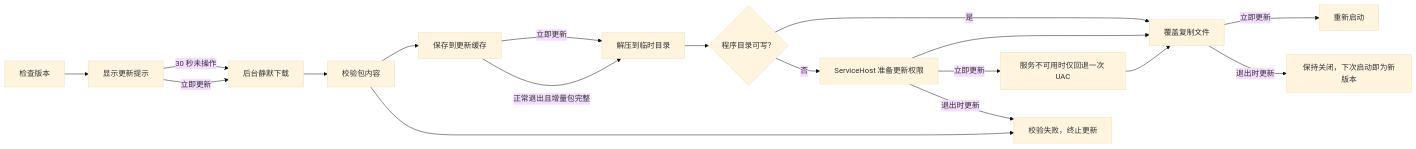
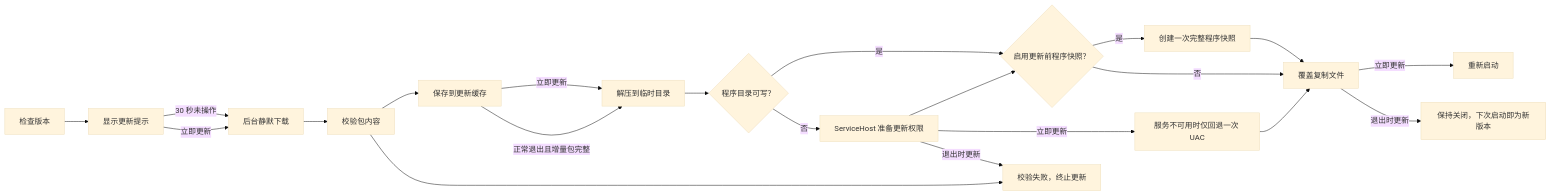
Before and after one commit to xincheng213618/scgd_general_wpf: the diagram in docs/02-developer-guide/deployment/auto-update.md, drawn with Mermaid (base theme). The commit also changed other lines of this file and 36 other files, not shown here.

````diff
--- a/docs/02-developer-guide/deployment/auto-update.md
+++ b/docs/02-developer-guide/deployment/auto-update.md
@@ -7,20 +7,23 @@
 ```mermaid
 flowchart LR
   Check["检查版本"] --> Notice["显示更新提示"]
   Notice -->|"30 秒未操作"| Download["后台静默下载"]
   Notice -->|"立即更新"| Download
   Download --> Verify["校验包内容"]
   Verify --> Cache["保存到更新缓存"]
   Cache -->|"立即更新"| Stage["解压到临时目录"]
   Cache -->|"正常退出且增量包完整"| Stage
   Stage --> Writable{"程序目录可写？"}
-  Writable -->|"是"| Install["覆盖复制文件"]
+  Writable -->|"是"| Snapshot{"启用更新前程序快照？"}
   Writable -->|"否"| Privilege["ServiceHost 准备更新权限"]
-  Privilege --> Install
+  Privilege --> Snapshot
+  Snapshot -->|"是"| Backup["创建一次完整程序快照"]
+  Snapshot -->|"否"| Install["覆盖复制文件"]
+  Backup --> Install
   Install -->|"立即更新"| Restart["重新启动"]
   Install -->|"退出时更新"| Closed["保持关闭，下次启动即为新版本"]
   Verify --> Stop["校验失败，终止更新"]
   Privilege -->|"立即更新"| UAC["服务不可用时仅回退一次 UAC"]
   Privilege -->|"退出时更新"| Stop
   UAC --> Install
 ```
````
